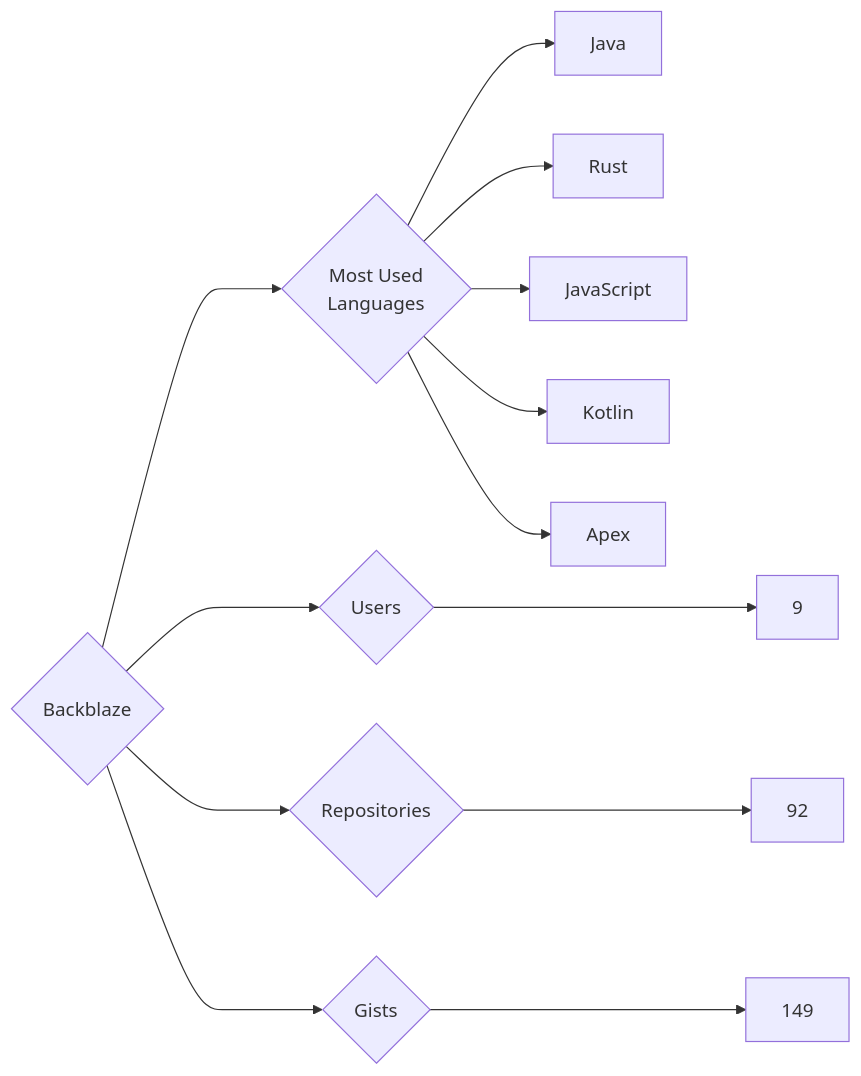
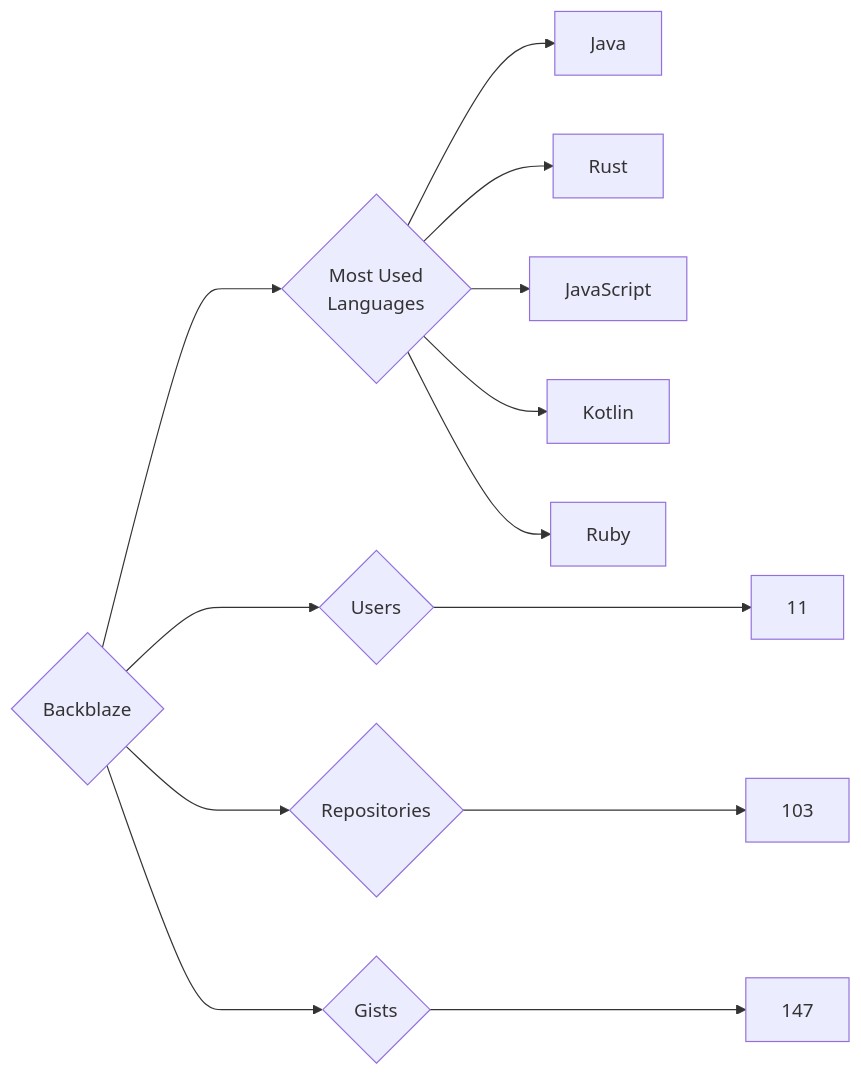
Before and after one commit to trickest/insiders: the diagram in targets/Backblaze/README.md, drawn with Mermaid. The commit also changed 1314 other files, not shown here.

````diff
--- a/targets/Backblaze/README.md
+++ b/targets/Backblaze/README.md
@@ -3,13 +3,13 @@
 ```mermaid
 graph LR
 COMPANY_NAME{Backblaze}
-COMPANY_NAME ---> U{Users} ---> UN[9]
-COMPANY_NAME ---> R{Repositories} ---> RN[92]
-COMPANY_NAME ---> G{Gists} ---> GN[149]
+COMPANY_NAME ---> U{Users} ---> UN[11]
+COMPANY_NAME ---> R{Repositories} ---> RN[103]
+COMPANY_NAME ---> G{Gists} ---> GN[147]
 COMPANY_NAME ---> ML{Most Used<br>Languages}
 ML --> Java[Java]
 ML --> Rust[Rust]
 ML --> JavaScript[JavaScript]
 ML --> Kotlin[Kotlin]
-ML --> Apex[Apex]
+ML --> Ruby[Ruby]
 ```
````
